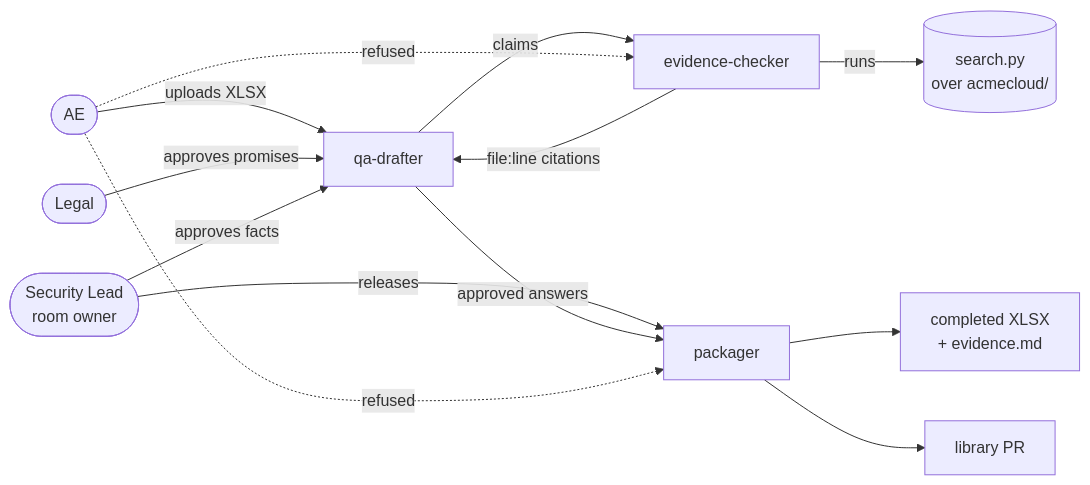
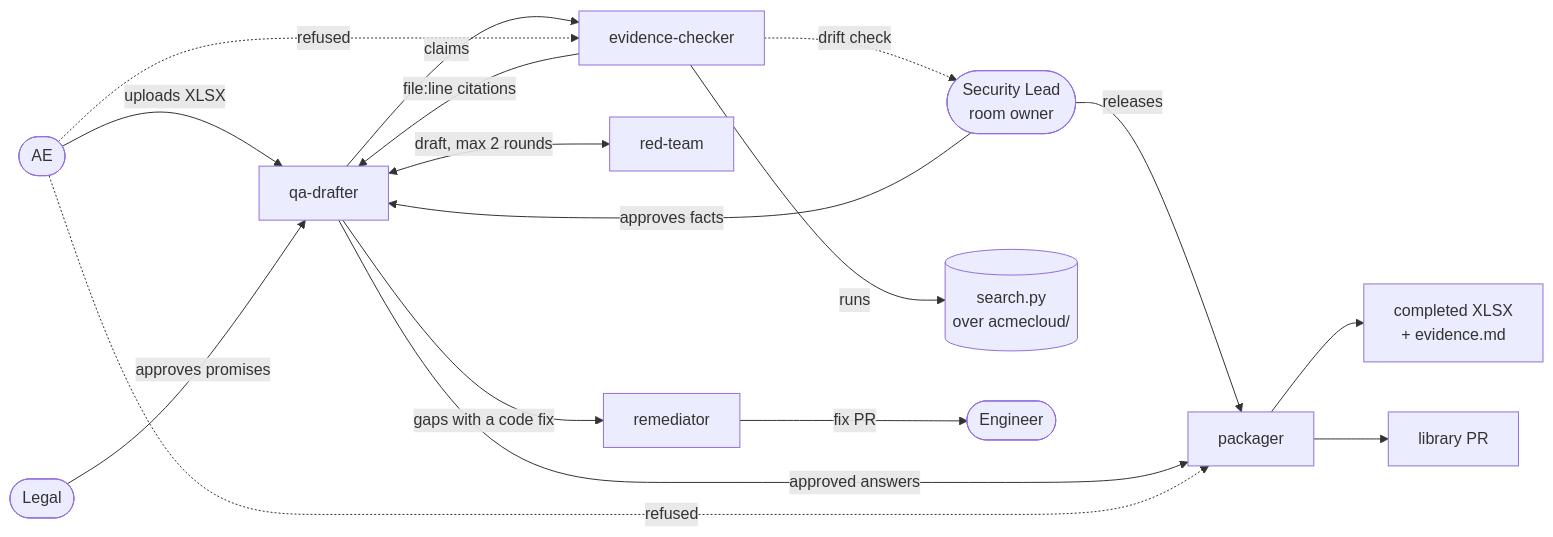
The diagram in README.md (danishjk2156/TrustDesk), drawn with Mermaid before and after one commit. The commit also changed other lines of this file and 7 other files, not shown here.

````diff
--- a/README.md
+++ b/README.md
@@ -29,15 +29,19 @@
 ```mermaid
 flowchart LR
   AE([AE]) -->|uploads XLSX| D[qa-drafter]
   Legal([Legal]) -->|approves promises| D
   SL([Security Lead<br/>room owner]) -->|approves facts| D
   SL -->|releases| P[packager]
   D -->|claims| C[evidence-checker]
   C -->|runs| S[(search.py<br/>over acmecloud/)]
   C -->|file:line citations| D
+  D <-->|draft, max 2 rounds| R[red-team]
+  D -->|gaps with a code fix| M[remediator]
+  M -->|fix PR| Eng([Engineer])
   D -->|approved answers| P
   P --> X[completed XLSX<br/>+ evidence.md]
   P --> PR[library PR]
+  C -.->|drift check| SL
   AE -. refused .-> P
   AE -. refused .-> C
 ```
````
